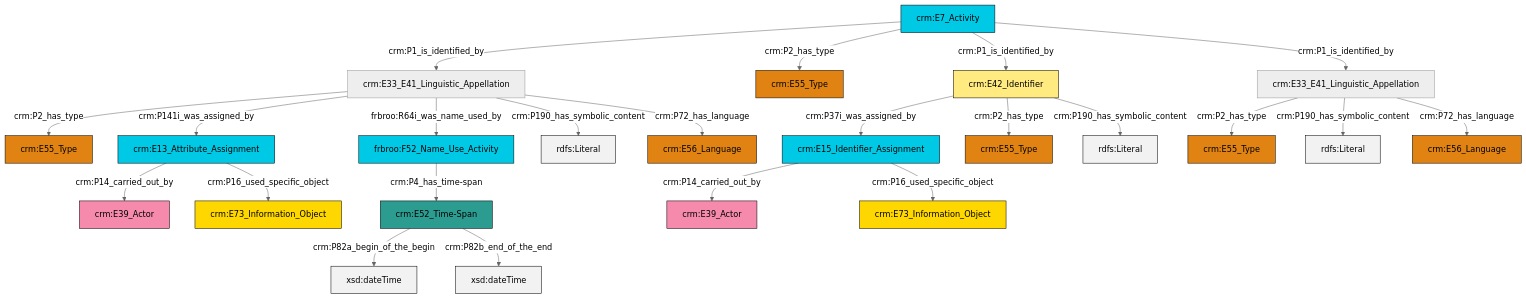
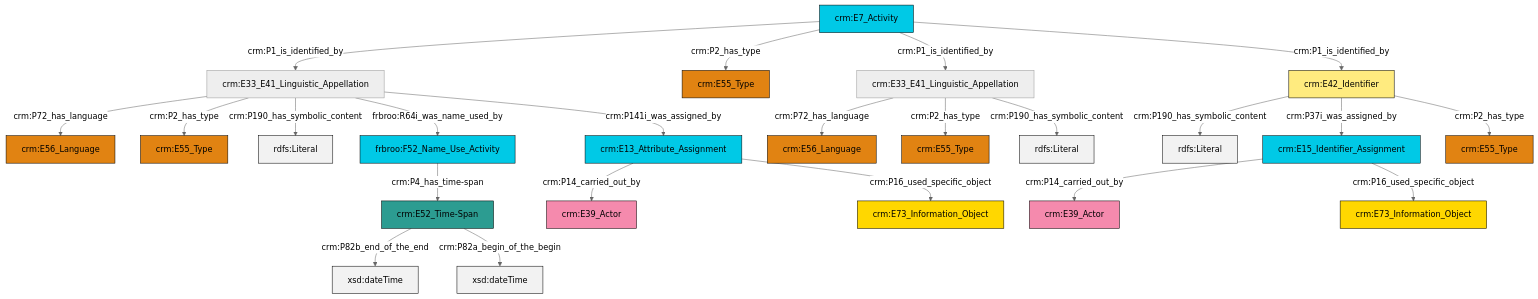
One commit to swiss-art-research-net/reference-data-models changed the diagram in et/eventCSV/ttl/mmd/event_name.ttl.mmd. Above: the diagram before and after it, drawn with Mermaid (neutral theme). The commit also changed 131 other files, not shown here.

```diff
--- a/et/eventCSV/ttl/mmd/event_name.ttl.mmd
+++ b/et/eventCSV/ttl/mmd/event_name.ttl.mmd
@@ -1,37 +1,37 @@
 graph TD
 classDef Literal fill:#f2f2f2,stroke:#000000;
 classDef CRM_Entity fill:#FFFFFF,stroke:#000000;
 classDef Temporal_Entity fill:#00C9E6, stroke:#000000;
 classDef Type fill:#E18312, stroke:#000000;
 classDef Time-Span fill:#2C9C91, stroke:#000000;
 classDef Appellation fill:#FFEB7F, stroke:#000000;
 classDef Place fill:#008836, stroke:#000000;
 classDef Persistent_Item fill:#B266B2, stroke:#000000;
 classDef Conceptual_Object fill:#FFD700, stroke:#000000;
 classDef Physical_Thing fill:#D2B48C, stroke:#000000;
 classDef Actor fill:#f58aad, stroke:#000000;
 classDef PC_Classes fill:#4ce600, stroke:#000000;
 classDef Multi fill:#cccccc,stroke:#000000;
 
-0["crm:E33_E41_Linguistic_Appellation"]:::Default -->|crm:P2_has_type| 1["crm:E55_Type"]:::Type
-0["crm:E33_E41_Linguistic_Appellation"]:::Default -->|crm:P141i_was_assigned_by| 2["crm:E13_Attribute_Assignment"]:::Temporal_Entity
-3["crm:E7_Activity"]:::Temporal_Entity -->|crm:P1_is_identified_by| 0["crm:E33_E41_Linguistic_Appellation"]:::Default
-3["crm:E7_Activity"]:::Temporal_Entity -->|crm:P2_has_type| 8["crm:E55_Type"]:::Type
-3["crm:E7_Activity"]:::Temporal_Entity -->|crm:P1_is_identified_by| 9["crm:E42_Identifier"]:::Appellation
-9["crm:E42_Identifier"]:::Appellation -->|crm:P37i_was_assigned_by| 15["crm:E15_Identifier_Assignment"]:::Temporal_Entity
-0["crm:E33_E41_Linguistic_Appellation"]:::Default -->|frbroo:R64i_was_name_used_by| 6["frbroo:F52_Name_Use_Activity"]:::Temporal_Entity
-2["crm:E13_Attribute_Assignment"]:::Temporal_Entity -->|crm:P14_carried_out_by| 10["crm:E39_Actor"]:::Actor
-0["crm:E33_E41_Linguistic_Appellation"]:::Default -->|crm:P190_has_symbolic_content| 24[rdfs:Literal]:::Literal
-0["crm:E33_E41_Linguistic_Appellation"]:::Default -->|crm:P72_has_language| 25["crm:E56_Language"]:::Type
-15["crm:E15_Identifier_Assignment"]:::Temporal_Entity -->|crm:P14_carried_out_by| 4["crm:E39_Actor"]:::Actor
-9["crm:E42_Identifier"]:::Appellation -->|crm:P2_has_type| 22["crm:E55_Type"]:::Type
-9["crm:E42_Identifier"]:::Appellation -->|crm:P190_has_symbolic_content| 27[rdfs:Literal]:::Literal
-31["crm:E52_Time-Span"]:::Time-Span -->|crm:P82a_begin_of_the_begin| 32[xsd:dateTime]:::Literal
-6["frbroo:F52_Name_Use_Activity"]:::Temporal_Entity -->|crm:P4_has_time-span| 31["crm:E52_Time-Span"]:::Time-Span
-33["crm:E33_E41_Linguistic_Appellation"]:::Default -->|crm:P2_has_type| 12["crm:E55_Type"]:::Type
-3["crm:E7_Activity"]:::Temporal_Entity -->|crm:P1_is_identified_by| 33["crm:E33_E41_Linguistic_Appellation"]:::Default
-33["crm:E33_E41_Linguistic_Appellation"]:::Default -->|crm:P190_has_symbolic_content| 35[rdfs:Literal]:::Literal
-15["crm:E15_Identifier_Assignment"]:::Temporal_Entity -->|crm:P16_used_specific_object| 17["crm:E73_Information_Object"]:::Conceptual_Object
-31["crm:E52_Time-Span"]:::Time-Span -->|crm:P82b_end_of_the_end| 38[xsd:dateTime]:::Literal
-33["crm:E33_E41_Linguistic_Appellation"]:::Default -->|crm:P72_has_language| 19["crm:E56_Language"]:::Type
-2["crm:E13_Attribute_Assignment"]:::Temporal_Entity -->|crm:P16_used_specific_object| 29["crm:E73_Information_Object"]:::Conceptual_Object
+0["crm:E33_E41_Linguistic_Appellation"]:::Default -->|crm:P72_has_language| 1["crm:E56_Language"]:::Type
+6["crm:E52_Time-Span"]:::Time-Span -->|crm:P82b_end_of_the_end| 7[xsd:dateTime]:::Literal
+8["crm:E15_Identifier_Assignment"]:::Temporal_Entity -->|crm:P14_carried_out_by| 9["crm:E39_Actor"]:::Actor
+4["crm:E7_Activity"]:::Temporal_Entity -->|crm:P1_is_identified_by| 0["crm:E33_E41_Linguistic_Appellation"]:::Default
+4["crm:E7_Activity"]:::Temporal_Entity -->|crm:P2_has_type| 13["crm:E55_Type"]:::Type
+4["crm:E7_Activity"]:::Temporal_Entity -->|crm:P1_is_identified_by| 14["crm:E33_E41_Linguistic_Appellation"]:::Default
+14["crm:E33_E41_Linguistic_Appellation"]:::Default -->|crm:P72_has_language| 15["crm:E56_Language"]:::Type
+0["crm:E33_E41_Linguistic_Appellation"]:::Default -->|crm:P2_has_type| 2["crm:E55_Type"]:::Type
+10["frbroo:F52_Name_Use_Activity"]:::Temporal_Entity -->|crm:P4_has_time-span| 6["crm:E52_Time-Span"]:::Time-Span
+24["crm:E42_Identifier"]:::Appellation -->|crm:P190_has_symbolic_content| 25[rdfs:Literal]:::Literal
+22["crm:E13_Attribute_Assignment"]:::Temporal_Entity -->|crm:P14_carried_out_by| 20["crm:E39_Actor"]:::Actor
+24["crm:E42_Identifier"]:::Appellation -->|crm:P37i_was_assigned_by| 8["crm:E15_Identifier_Assignment"]:::Temporal_Entity
+0["crm:E33_E41_Linguistic_Appellation"]:::Default -->|crm:P190_has_symbolic_content| 30[rdfs:Literal]:::Literal
+0["crm:E33_E41_Linguistic_Appellation"]:::Default -->|frbroo:R64i_was_name_used_by| 10["frbroo:F52_Name_Use_Activity"]:::Temporal_Entity
+24["crm:E42_Identifier"]:::Appellation -->|crm:P2_has_type| 16["crm:E55_Type"]:::Type
+14["crm:E33_E41_Linguistic_Appellation"]:::Default -->|crm:P2_has_type| 31["crm:E55_Type"]:::Type
+4["crm:E7_Activity"]:::Temporal_Entity -->|crm:P1_is_identified_by| 24["crm:E42_Identifier"]:::Appellation
+6["crm:E52_Time-Span"]:::Time-Span -->|crm:P82a_begin_of_the_begin| 34[xsd:dateTime]:::Literal
+8["crm:E15_Identifier_Assignment"]:::Temporal_Entity -->|crm:P16_used_specific_object| 27["crm:E73_Information_Object"]:::Conceptual_Object
+14["crm:E33_E41_Linguistic_Appellation"]:::Default -->|crm:P190_has_symbolic_content| 35[rdfs:Literal]:::Literal
+0["crm:E33_E41_Linguistic_Appellation"]:::Default -->|crm:P141i_was_assigned_by| 22["crm:E13_Attribute_Assignment"]:::Temporal_Entity
+22["crm:E13_Attribute_Assignment"]:::Temporal_Entity -->|crm:P16_used_specific_object| 38["crm:E73_Information_Object"]:::Conceptual_Object
```
